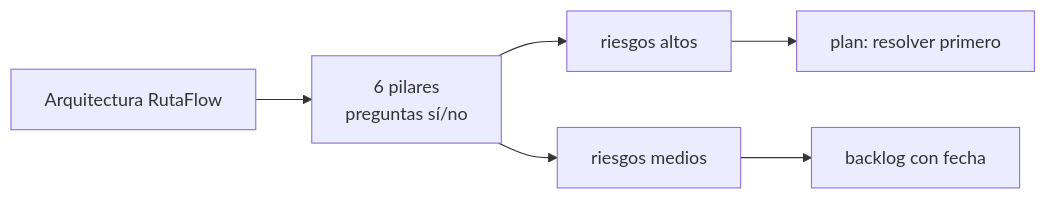
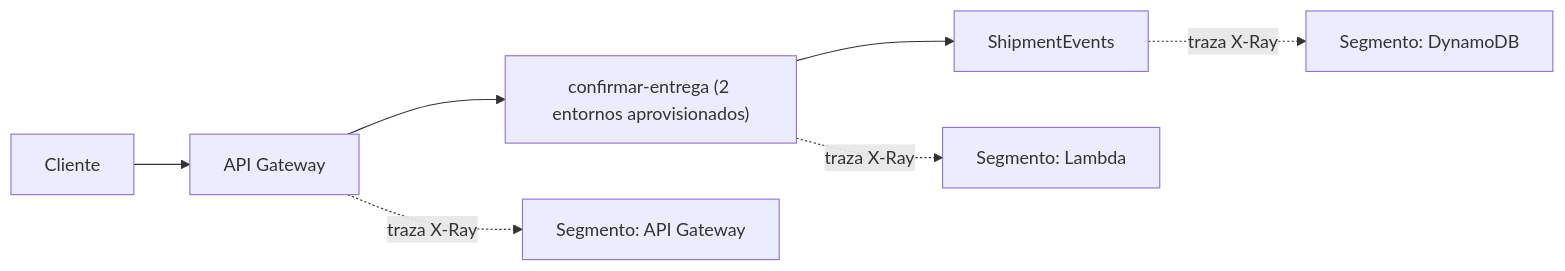
One commit to NICORUIZ93/The_Imperial_Book changed the seventh of 14 diagrams in web/public/content/cloud/modulo-32.md. Above: the diagram before and after it, drawn with Mermaid. The commit also changed other lines of this file and 305 other files, not shown here.

````diff
--- a/web/public/content/cloud/modulo-32.md
+++ b/web/public/content/cloud/modulo-32.md
@@ -231,8 +191,9 @@
 ```mermaid
 flowchart LR
-    A["Arquitectura RutaFlow"] --> P["6 pilares<br/>preguntas sí/no"]
-    P --> H["riesgos altos"]
-    P --> M["riesgos medios"]
-    H --> X["plan: resolver primero"]
-    M --> Y["backlog con fecha"]
+  C["Cliente"] --> AG["API Gateway"]
+  AG --> L["confirmar-entrega (2 entornos aprovisionados)"]
+  L --> DB["ShipmentEvents"]
+  AG -.->|traza X-Ray| XR["Segmento: API Gateway"]
+  L -.->|traza X-Ray| XR2["Segmento: Lambda"]
+  DB -.->|traza X-Ray| XR3["Segmento: DynamoDB"]
 ```
````
